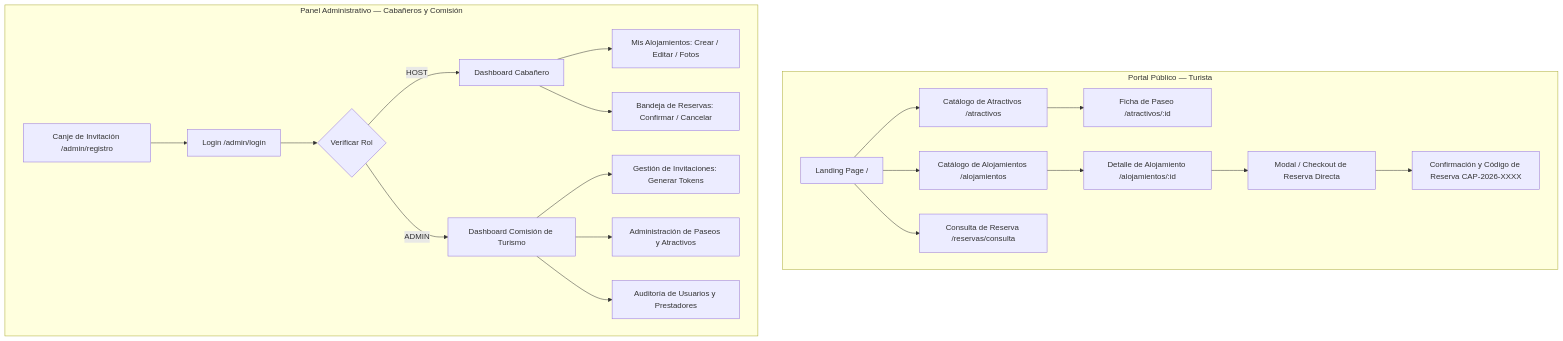
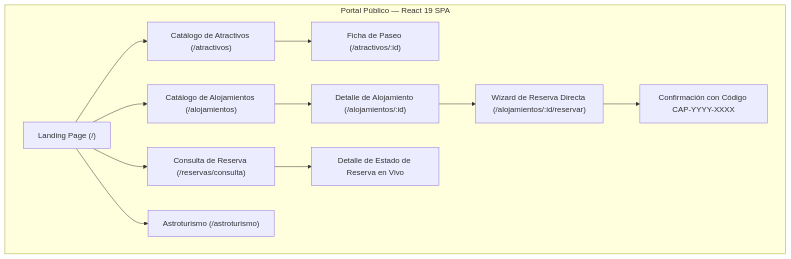
Before and after one commit to Tiag4/Turismo-Capilla: the diagram in docs/frontend-architecture.md, drawn with Mermaid. The commit also changed other lines of this file and 2 other files, not shown here.

Commit message:
docs: actualizar arquitectura frontend React 19, justificación de cátedra y mitigación SEO

````diff
--- a/docs/frontend-architecture.md
+++ b/docs/frontend-architecture.md
@@ -67,28 +79,17 @@
 ```mermaid
 flowchart TD
-    subgraph PortalTurista [Portal Público — Turista]
-        A[Landing Page /] --> B[Catálogo de Atractivos /atractivos]
-        A --> C[Catálogo de Alojamientos /alojamientos]
-        A --> D[Consulta de Reserva /reservas/consulta]
+    subgraph PortalTurismo [Portal Público — React 19 SPA]
+        A["Landing Page (/)"] --> B["Catálogo de Atractivos (/atractivos)"]
+        A --> C["Catálogo de Alojamientos (/alojamientos)"]
+        A --> D["Consulta de Reserva (/reservas/consulta)"]
+        A --> E["Astroturismo (/astroturismo)"]
         
-        B --> B1[Ficha de Paseo /atractivos/:id]
+        B --> B1["Ficha de Paseo (/atractivos/:id)"]
         
-        C --> C1[Detalle de Alojamiento /alojamientos/:id]
-        C1 --> C2[Modal / Checkout de Reserva Directa]
-        C2 --> C3[Confirmación y Código de Reserva CAP-2026-XXXX]
-    end
-
-    subgraph PanelAdmin [Panel Administrativo — Cabañeros y Comisión]
-        L[Login /admin/login] --> AuthCheck{Verificar Rol}
-        R[Canje de Invitación /admin/registro] --> L
+        C --> C1["Detalle de Alojamiento (/alojamientos/:id)"]
+        C1 --> C2["Wizard de Reserva Directa (/alojamientos/:id/reservar)"]
+        C2 --> C3["Confirmación con Código CAP-YYYY-XXXX"]
         
-        AuthCheck -->|HOST| HostDash[Dashboard Cabañero]
-        HostDash --> H1[Mis Alojamientos: Crear / Editar / Fotos]
-        HostDash --> H2[Bandeja de Reservas: Confirmar / Cancelar]
-        
-        AuthCheck -->|ADMIN| AdminDash[Dashboard Comisión de Turismo]
-        AdminDash --> A1[Gestión de Invitaciones: Generar Tokens]
-        AdminDash --> A2[Administración de Paseos y Atractivos]
-        AdminDash --> A3[Auditoría de Usuarios y Prestadores]
+        D --> D1["Detalle de Estado de Reserva en Vivo"]
     end
 ```
````
